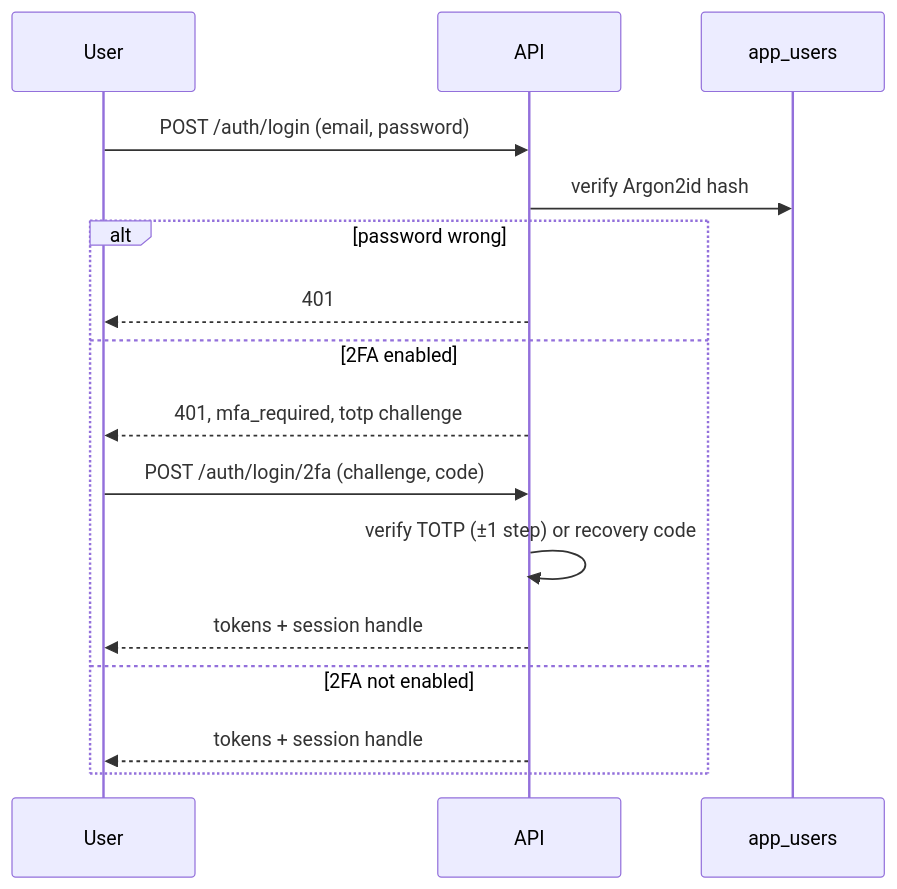
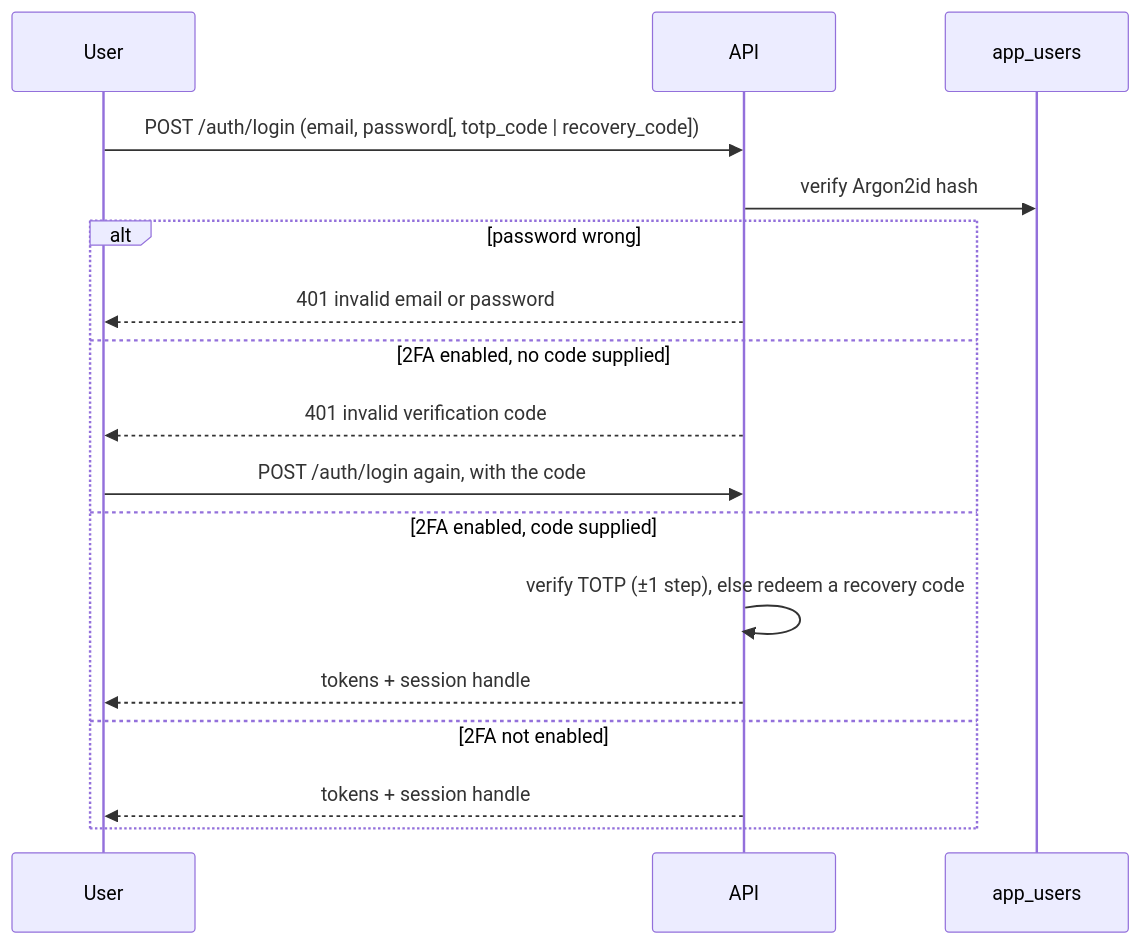
One commit to Ahmedbakr78/Web-to-Warehouse-Product-Intelligence-Pipeline changed the first of 3 diagrams in docs/29_two_factor_and_sessions.md. Above: the diagram before and after it, drawn with Mermaid. The commit also changed other lines of this file and 10 other files, not shown here.

````diff
--- a/docs/29_two_factor_and_sessions.md
+++ b/docs/29_two_factor_and_sessions.md
@@ -18,18 +18,19 @@
 ```mermaid
 sequenceDiagram
     participant U as User
     participant API
     participant DB as app_users
-    U->>API: POST /auth/login (email, password)
+    U->>API: POST /auth/login (email, password[, totp_code | recovery_code])
     API->>DB: verify Argon2id hash
     alt password wrong
-        API-->>U: 401
-    else 2FA enabled
-        API-->>U: 401, mfa_required, totp challenge
-        U->>API: POST /auth/login/2fa (challenge, code)
-        API->>API: verify TOTP (±1 step) or recovery code
+        API-->>U: 401 invalid email or password
+    else 2FA enabled, no code supplied
+        API-->>U: 401 invalid verification code
+        U->>API: POST /auth/login again, with the code
+    else 2FA enabled, code supplied
+        API->>API: verify TOTP (±1 step), else redeem a recovery code
         API-->>U: tokens + session handle
     else 2FA not enabled
         API-->>U: tokens + session handle
     end
 ```
````
